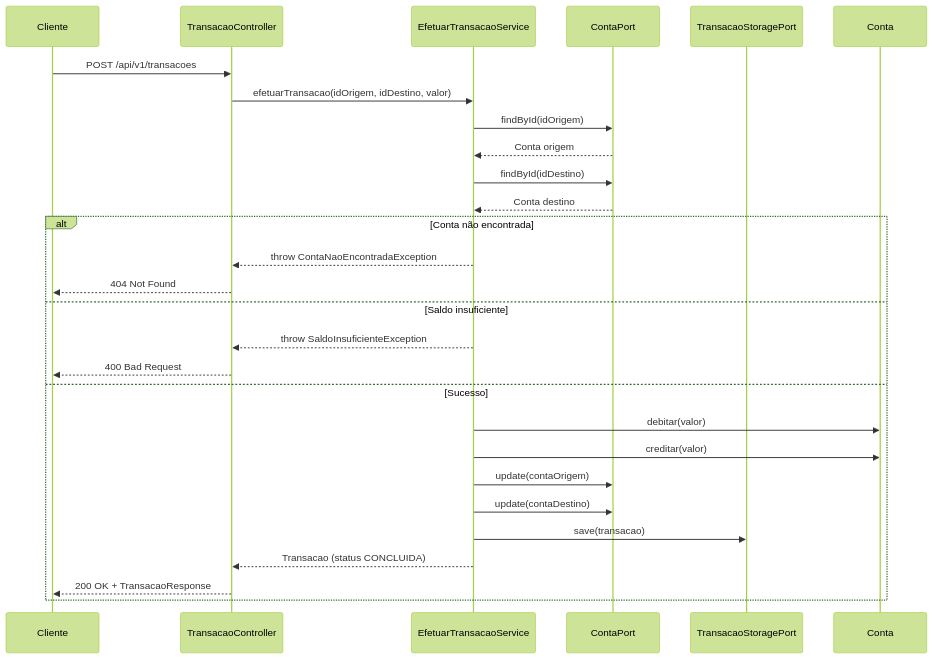
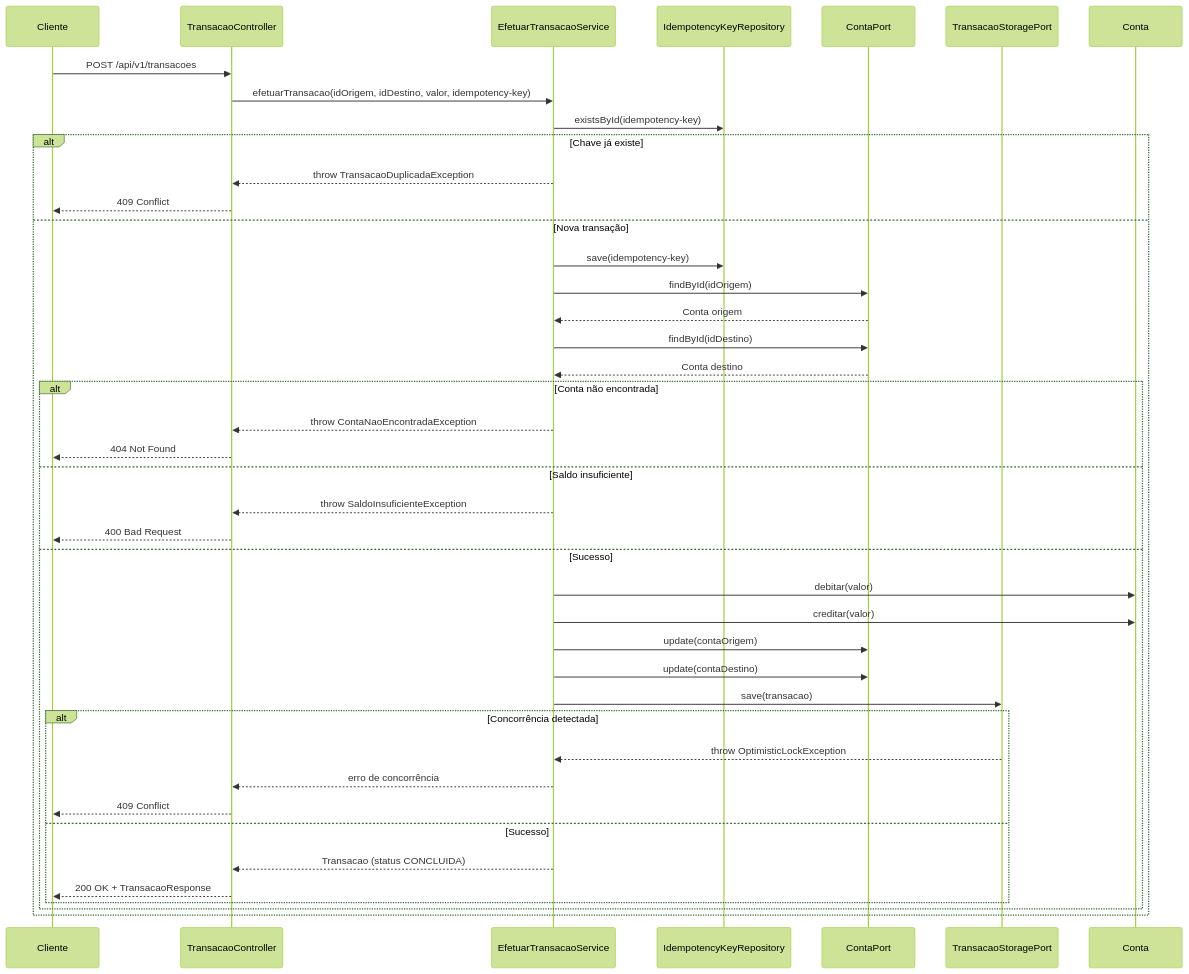
Before and after one commit to ianpolitavares/efetuar-transacao: the diagram in readme.md, drawn with Mermaid (forest theme). The commit also changed 23 other files, not shown here.

````diff
--- a/readme.md
+++ b/readme.md
@@ -115,37 +115,50 @@
 ```mermaid
 sequenceDiagram
     participant Cliente
     participant TransacaoController
     participant EfetuarTransacaoService
+    participant IdempotencyKeyRepository
     participant ContaPort
     participant TransacaoStoragePort
 
     Cliente->>TransacaoController: POST /api/v1/transacoes
-    TransacaoController->>EfetuarTransacaoService: efetuarTransacao(idOrigem, idDestino, valor)
+    TransacaoController->>EfetuarTransacaoService: efetuarTransacao(idOrigem, idDestino, valor, idempotency-key)
 
-    EfetuarTransacaoService->>ContaPort: findById(idOrigem)
-    ContaPort-->>EfetuarTransacaoService: Conta origem
+    EfetuarTransacaoService->>IdempotencyKeyRepository: existsById(idempotency-key)
+    alt Chave já existe
+        EfetuarTransacaoService-->>TransacaoController: throw TransacaoDuplicadaException
+        TransacaoController-->>Cliente: 409 Conflict
+    else Nova transação
+        EfetuarTransacaoService->>IdempotencyKeyRepository: save(idempotency-key)
 
-    EfetuarTransacaoService->>ContaPort: findById(idDestino)
-    ContaPort-->>EfetuarTransacaoService: Conta destino
+        EfetuarTransacaoService->>ContaPort: findById(idOrigem)
+        ContaPort-->>EfetuarTransacaoService: Conta origem
 
-    alt Conta não encontrada
-        EfetuarTransacaoService-->>TransacaoController: throw ContaNaoEncontradaException
-        TransacaoController-->>Cliente: 404 Not Found
-    else Saldo insuficiente
-        EfetuarTransacaoService-->>TransacaoController: throw SaldoInsuficienteException
-        TransacaoController-->>Cliente: 400 Bad Request
-    else Sucesso
-        EfetuarTransacaoService->>Conta: debitar(valor)
-        EfetuarTransacaoService->>Conta: creditar(valor)
+        EfetuarTransacaoService->>ContaPort: findById(idDestino)
+        ContaPort-->>EfetuarTransacaoService: Conta destino
 
-        EfetuarTransacaoService->>ContaPort: update(contaOrigem)
-        EfetuarTransacaoService->>ContaPort: update(contaDestino)
+        alt Conta não encontrada
+            EfetuarTransacaoService-->>TransacaoController: throw ContaNaoEncontradaException
+            TransacaoController-->>Cliente: 404 Not Found
+        else Saldo insuficiente
+            EfetuarTransacaoService-->>TransacaoController: throw SaldoInsuficienteException
+            TransacaoController-->>Cliente: 400 Bad Request
+        else Sucesso
+            EfetuarTransacaoService->>Conta: debitar(valor)
+            EfetuarTransacaoService->>Conta: creditar(valor)
 
-        EfetuarTransacaoService->>TransacaoStoragePort: save(transacao)
+            EfetuarTransacaoService->>ContaPort: update(contaOrigem)
+            EfetuarTransacaoService->>ContaPort: update(contaDestino)
 
-        EfetuarTransacaoService-->>TransacaoController: Transacao (status CONCLUIDA)
-        TransacaoController-->>Cliente: 200 OK + TransacaoResponse
+            EfetuarTransacaoService->>TransacaoStoragePort: save(transacao)
+            alt Concorrência detectada
+                TransacaoStoragePort-->>EfetuarTransacaoService: throw OptimisticLockException
+                EfetuarTransacaoService-->>TransacaoController: erro de concorrência
+                TransacaoController-->>Cliente: 409 Conflict
+            else Sucesso
+                EfetuarTransacaoService-->>TransacaoController: Transacao (status CONCLUIDA)
+                TransacaoController-->>Cliente: 200 OK + TransacaoResponse
+            end
+        end
     end
-
 ```
````
